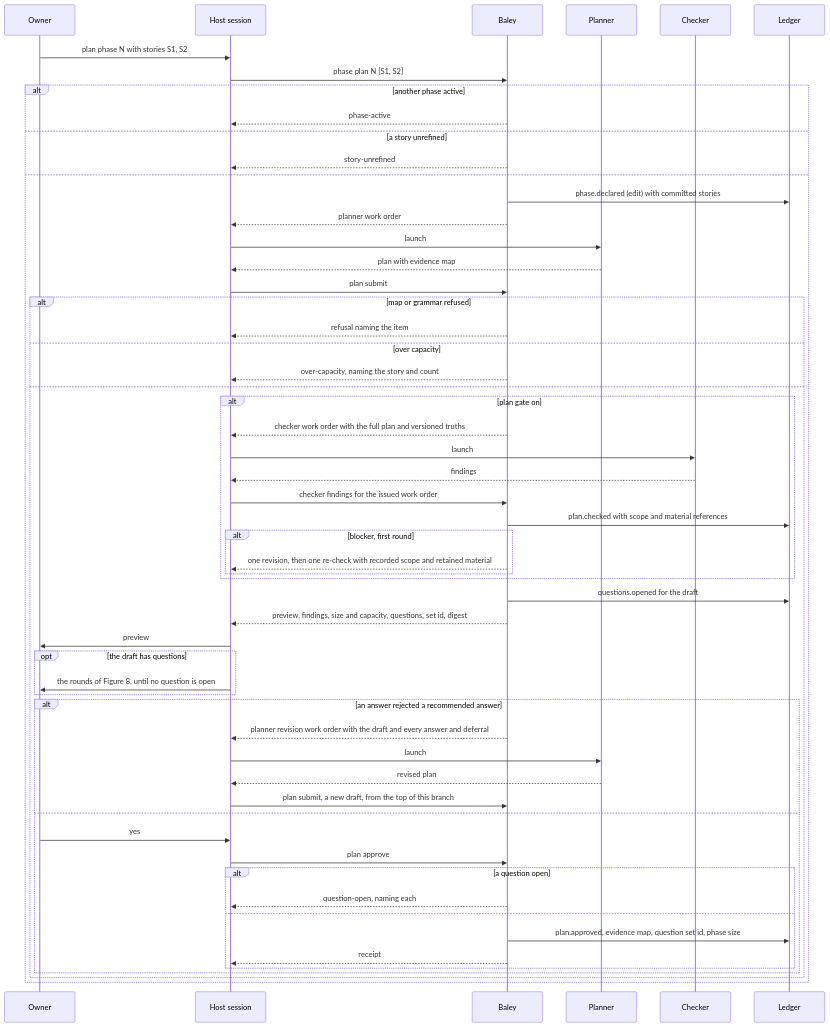
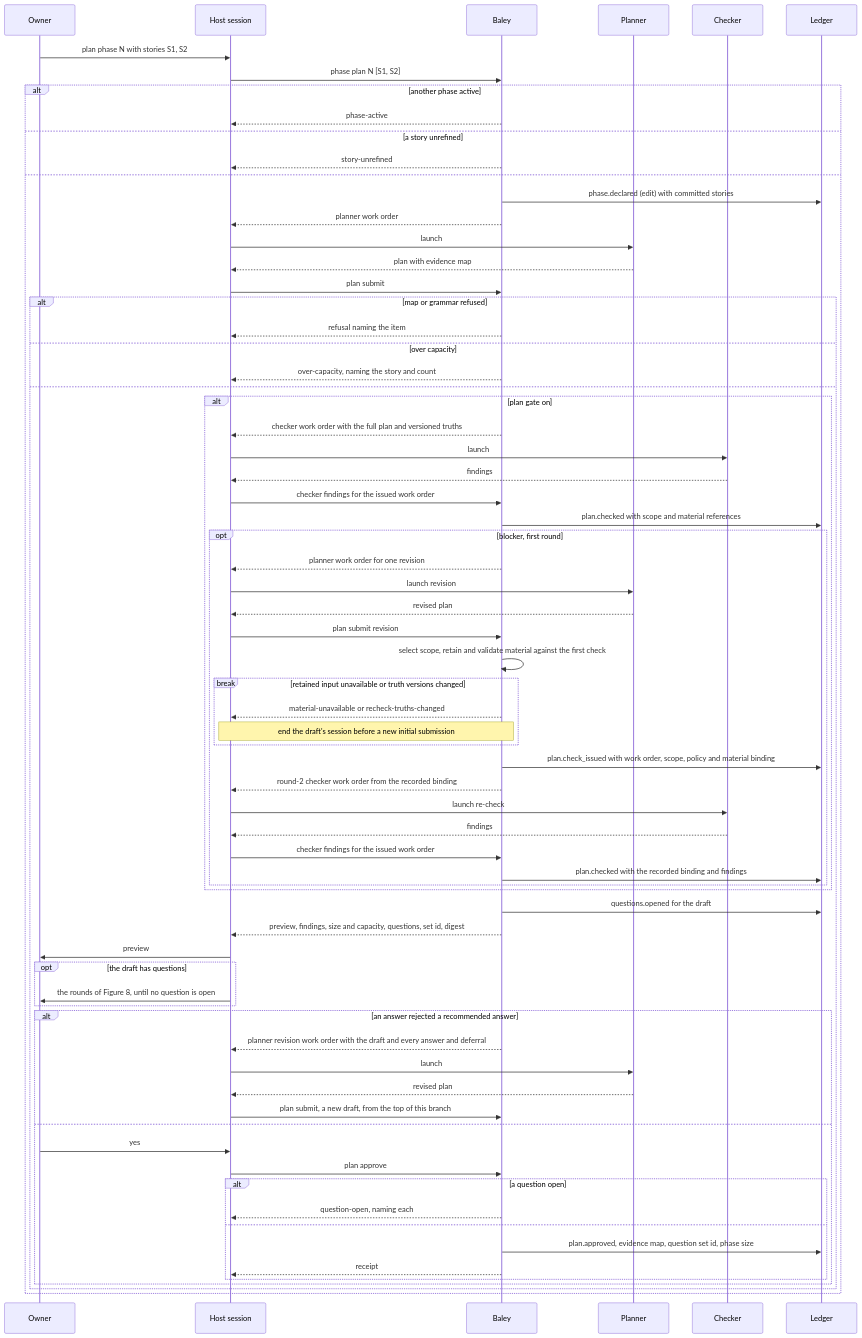
The sixth of 8 diagrams in docs/design/0005-context-plans-and-acceptance.md (crenshawdev/baley), drawn with Mermaid before and after one commit. The commit also changed other lines of this file and 4 other files, not shown here.

````diff
--- a/docs/design/0005-context-plans-and-acceptance.md
+++ b/docs/design/0005-context-plans-and-acceptance.md
@@ -433,59 +455,73 @@
 ```mermaid
 sequenceDiagram
   participant O as Owner
   participant H as Host session
   participant B as Baley
   participant P as Planner
   participant C as Checker
   participant L as Ledger
   O->>H: plan phase N with stories S1, S2
   H->>B: phase plan N [S1, S2]
   alt another phase active
     B-->>H: phase-active
   else a story unrefined
     B-->>H: story-unrefined
   else
     B->>L: phase.declared (edit) with committed stories
     B-->>H: planner work order
     H->>P: launch
     P-->>H: plan with evidence map
     H->>B: plan submit
     alt map or grammar refused
       B-->>H: refusal naming the item
     else over capacity
       B-->>H: over-capacity, naming the story and count
     else
       alt plan gate on
         B-->>H: checker work order with the full plan and versioned truths
         H->>C: launch
         C-->>H: findings
         H->>B: checker findings for the issued work order
         B->>L: plan.checked with scope and material references
-        alt blocker, first round
-          B-->>H: one revision, then one re-check with recorded scope and retained material
+        opt blocker, first round
+          B-->>H: planner work order for one revision
+          H->>P: launch revision
+          P-->>H: revised plan
+          H->>B: plan submit revision
+          B->>B: select scope, retain and validate material against the first check
+          break retained input unavailable or truth versions changed
+            B-->>H: material-unavailable or recheck-truths-changed
+            Note over H,B: end the draft's session before a new initial submission
+          end
+          B->>L: plan.check_issued with work order, scope, policy and material binding
+          B-->>H: round-2 checker work order from the recorded binding
+          H->>C: launch re-check
+          C-->>H: findings
+          H->>B: checker findings for the issued work order
+          B->>L: plan.checked with the recorded binding and findings
         end
       end
       B->>L: questions.opened for the draft
       B-->>H: preview, findings, size and capacity, questions, set id, digest
       H->>O: preview
       opt the draft has questions
         H->>O: the rounds of Figure 8, until no question is open
       end
       alt an answer rejected a recommended answer
         B-->>H: planner revision work order with the draft and every answer and deferral
         H->>P: launch
         P-->>H: revised plan
         H->>B: plan submit, a new draft, from the top of this branch
       else
         O->>H: yes
         H->>B: plan approve
         alt a question open
           B-->>H: question-open, naming each
         else
           B->>L: plan.approved, evidence map, question set id, phase size
           B-->>H: receipt
         end
       end
     end
   end
 ```
````
